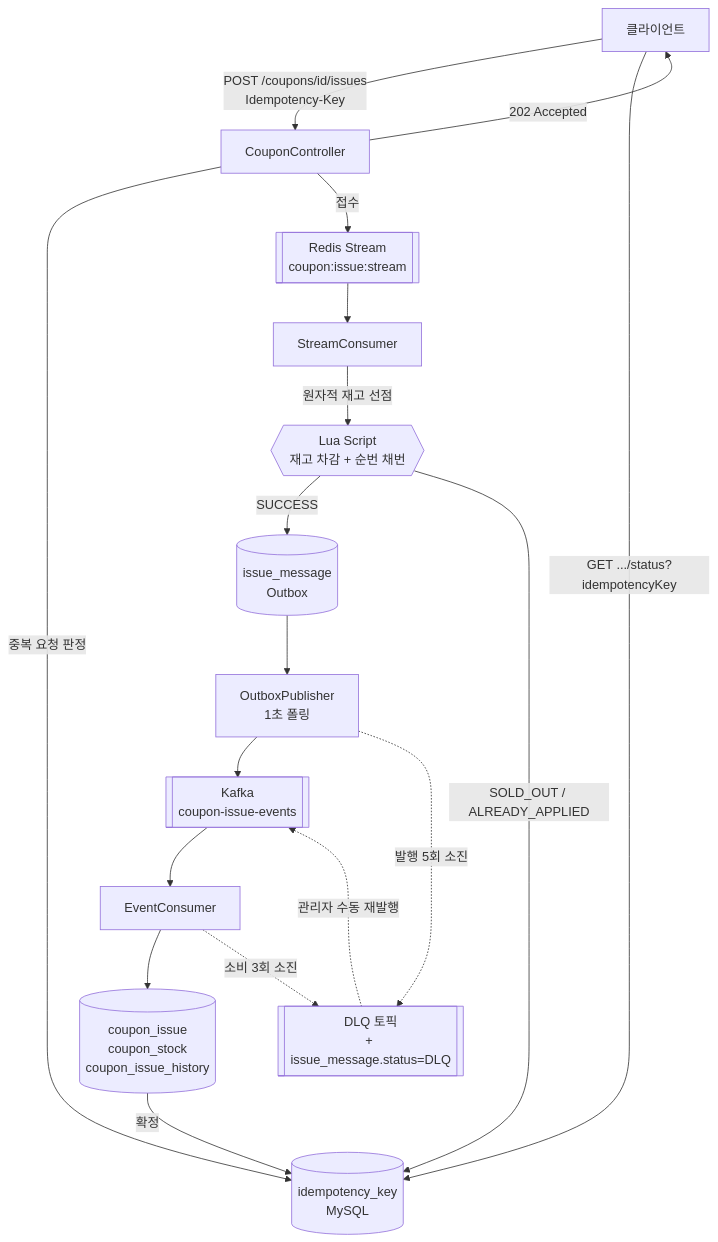
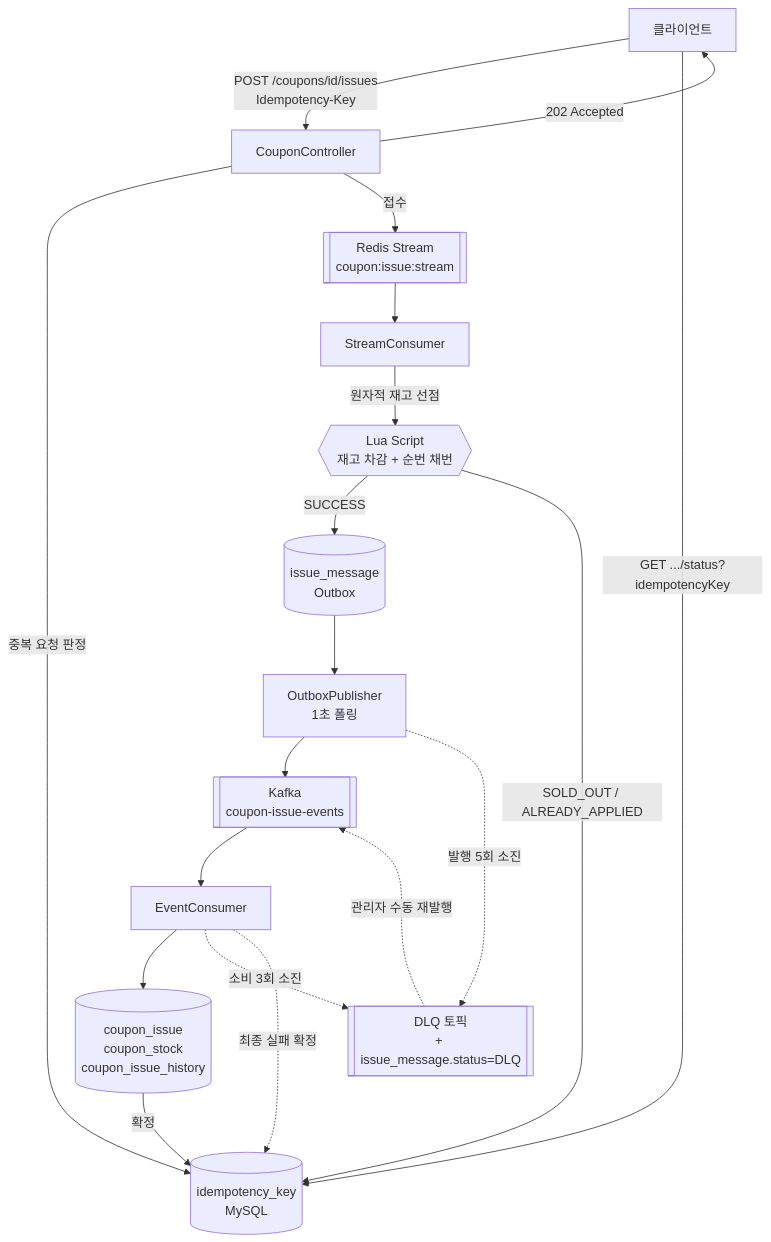
One commit to PetCare-Platform/petcoupon-backend changed the diagram in README.md. Above: the diagram before and after it, drawn with Mermaid. The commit also changed other lines of this file, not shown here.

````diff
--- a/README.md
+++ b/README.md
@@ -60,24 +60,25 @@
 ```mermaid
 flowchart TD
     C[클라이언트] -->|POST /coupons/id/issues<br/>Idempotency-Key| API[CouponController]
     API -->|중복 요청 판정| IDEM[(idempotency_key<br/>MySQL)]
     API -->|접수| STREAM[[Redis Stream<br/>coupon:issue:stream]]
     API -->|202 Accepted| C
 
     STREAM --> SC[StreamConsumer]
     SC -->|원자적 재고 선점| LUA{{Lua Script<br/>재고 차감 + 순번 채번}}
     LUA -->|SUCCESS| OUTBOX[(issue_message<br/>Outbox)]
     LUA -->|SOLD_OUT / ALREADY_APPLIED| IDEM
 
     OUTBOX --> PUB[OutboxPublisher<br/>1초 폴링]
     PUB --> KAFKA[[Kafka<br/>coupon-issue-events]]
     KAFKA --> KC[EventConsumer]
     KC --> PERSIST[(coupon_issue<br/>coupon_stock<br/>coupon_issue_history)]
     PERSIST -->|확정| IDEM
 
     PUB -.발행 5회 소진.-> DLQ[[DLQ 토픽<br/>+ issue_message.status=DLQ]]
     KC -.소비 3회 소진.-> DLQ
+    KC -.최종 실패 확정.-> IDEM
     DLQ -.관리자 수동 재발행.-> KAFKA
 
     C -->|GET .../status?idempotencyKey| IDEM
 ```
````
